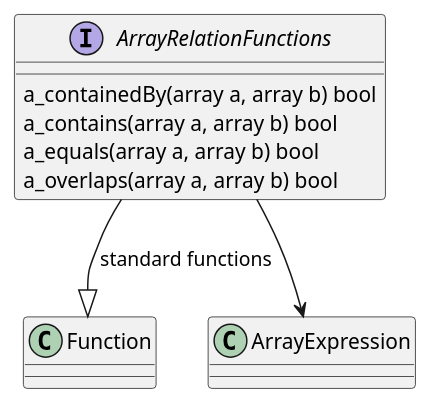
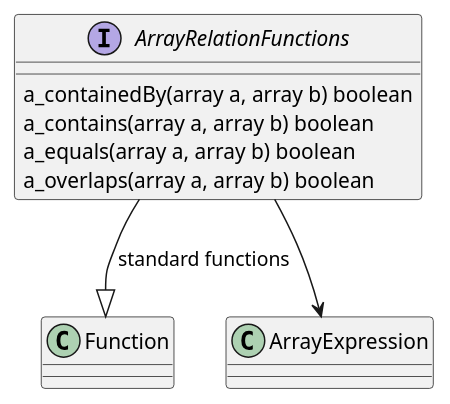
One commit to opengeospatial/cartographic-symbology changed the third of 4 diagrams in 1-core/sections/clause_15_functions.adoc. Above: the diagram before and after it, drawn with PlantUML. The commit also changed other lines of this file and 16 other files, not shown here.

```diff
--- a/1-core/sections/clause_15_functions.adoc
+++ b/1-core/sections/clause_15_functions.adoc
@@ -106,12 +106,12 @@
 [plantuml, target=diagram-classes, format=png]
 ....
 @startuml
 interface ArrayRelationFunctions
 ArrayRelationFunctions --|> Function : standard functions
-ArrayRelationFunctions : a_containedBy(array a, array b) bool
-ArrayRelationFunctions : a_contains(array a, array b) bool
-ArrayRelationFunctions : a_equals(array a, array b) bool
-ArrayRelationFunctions : a_overlaps(array a, array b) bool
+ArrayRelationFunctions : a_containedBy(array a, array b) boolean
+ArrayRelationFunctions : a_contains(array a, array b) boolean
+ArrayRelationFunctions : a_equals(array a, array b) boolean
+ArrayRelationFunctions : a_overlaps(array a, array b) boolean
 ArrayRelationFunctions --> ArrayExpression
 @enduml
 ....
```
